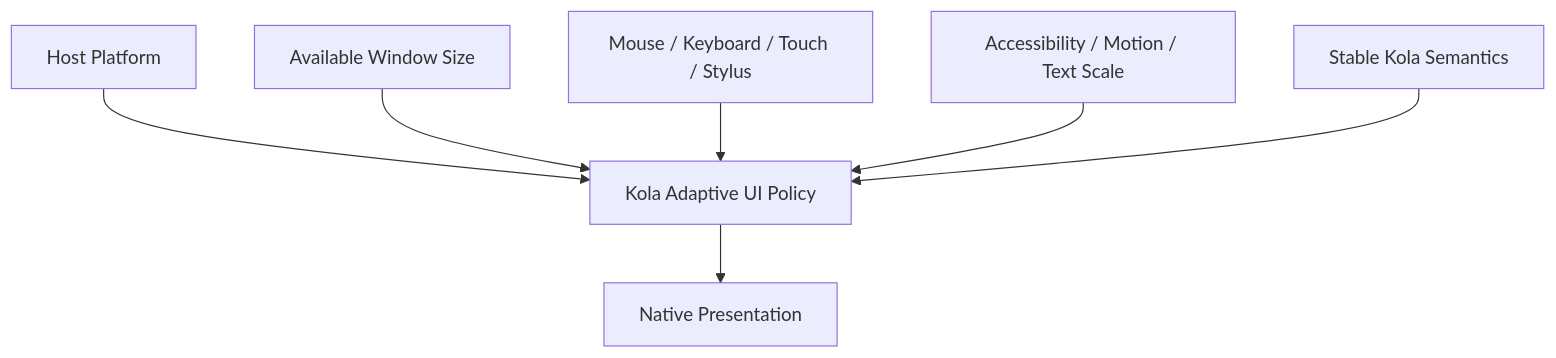
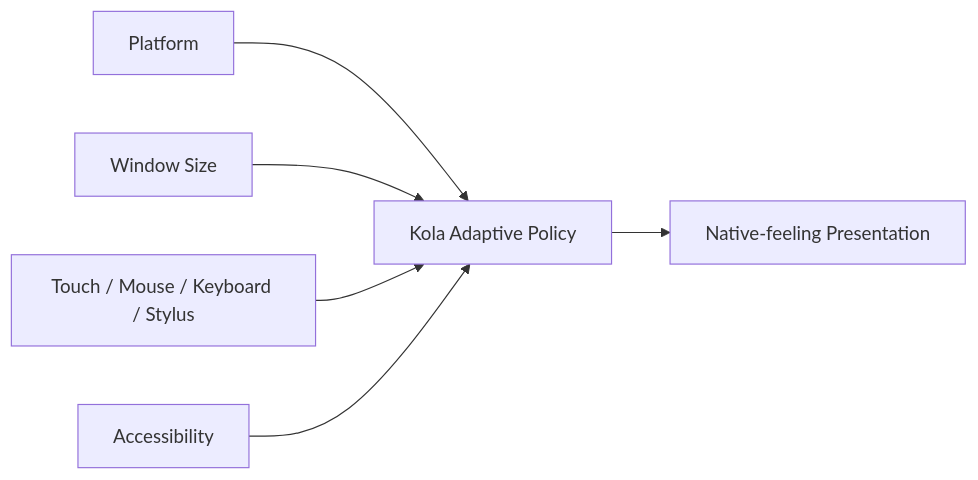
Before and after one commit to aaditya140103/kola: the ninth of 11 diagrams in docs/PROJECT_GRAPH.md, drawn with Mermaid. The commit also changed other lines of this file, not shown here.

Commit message:
docs: update compact architecture graph for pdf reader

````diff
--- a/docs/PROJECT_GRAPH.md
+++ b/docs/PROJECT_GRAPH.md
@@ -273,17 +216,15 @@
 ```mermaid
-flowchart TD
-    Platform[Host Platform]
-    Window[Available Window Size]
-    Input[Mouse / Keyboard / Touch / Stylus]
-    A11y[Accessibility / Motion / Text Scale]
-    Policy[Kola Adaptive UI Policy]
-    Semantics[Stable Kola Semantics]
-    Presentation[Native Presentation]
+flowchart LR
+    Platform[Platform]
+    Window[Window Size]
+    Input[Touch / Mouse / Keyboard / Stylus]
+    A11y[Accessibility]
+    Policy[Kola Adaptive Policy]
+    UI[Native-feeling Presentation]
 
     Platform --> Policy
     Window --> Policy
     Input --> Policy
     A11y --> Policy
-    Semantics --> Policy
-    Policy --> Presentation
+    Policy --> UI
 ```
````
